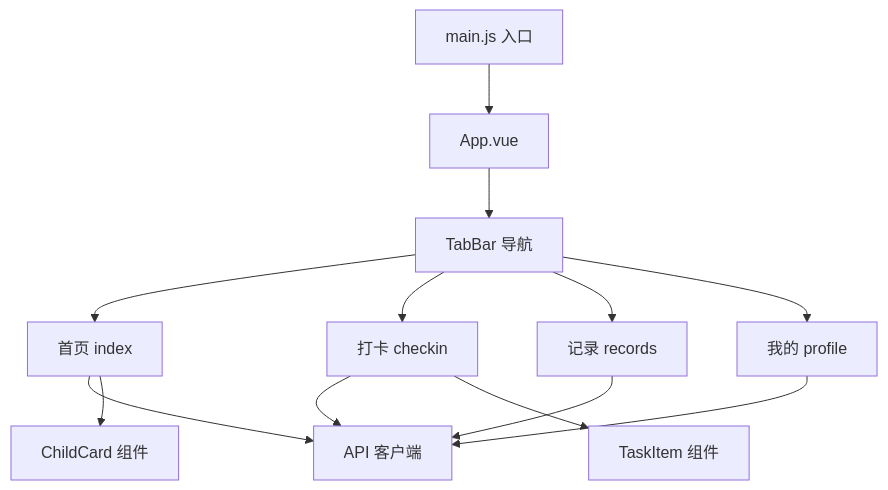
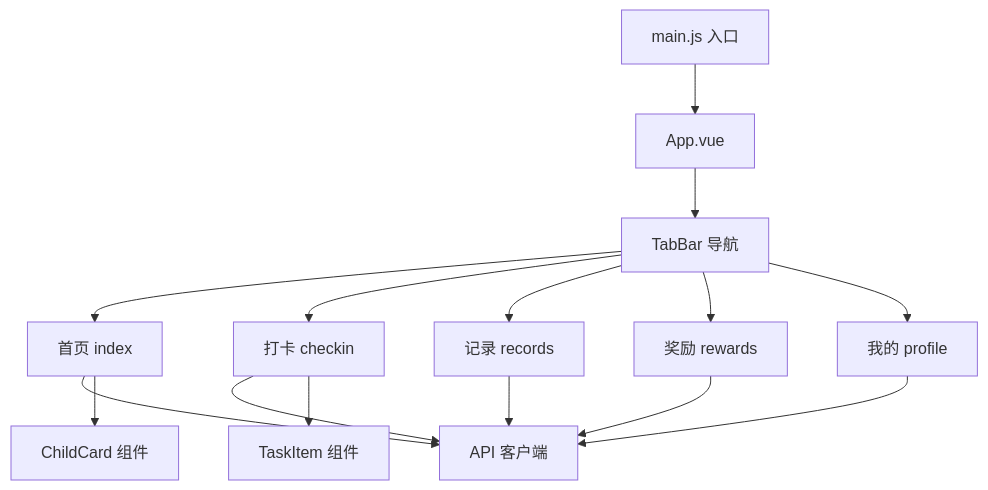
One commit to dawny123123/StarParadise changed the first of 2 diagrams in docs/design-docs/miniprogram.md. Above: the diagram before and after it, drawn with Mermaid. The commit also changed other lines of this file and 38592 other files, not shown here.

````diff
--- a/docs/design-docs/miniprogram.md
+++ b/docs/design-docs/miniprogram.md
@@ -14,15 +14,17 @@
 ```mermaid
 graph TD
     A[main.js 入口] --> B[App.vue]
     B --> C[TabBar 导航]
     C --> D[首页 index]
     C --> E[打卡 checkin]
     C --> F[记录 records]
-    C --> G[我的 profile]
-    D --> H[API 客户端]
-    E --> H
-    F --> H
-    G --> H
-    D --> I[ChildCard 组件]
-    E --> J[TaskItem 组件]
+    C --> G[奖励 rewards]
+    C --> H[我的 profile]
+    D --> I[API 客户端]
+    E --> I
+    F --> I
+    G --> I
+    H --> I
+    D --> J[ChildCard 组件]
+    E --> K[TaskItem 组件]
 ```
````
